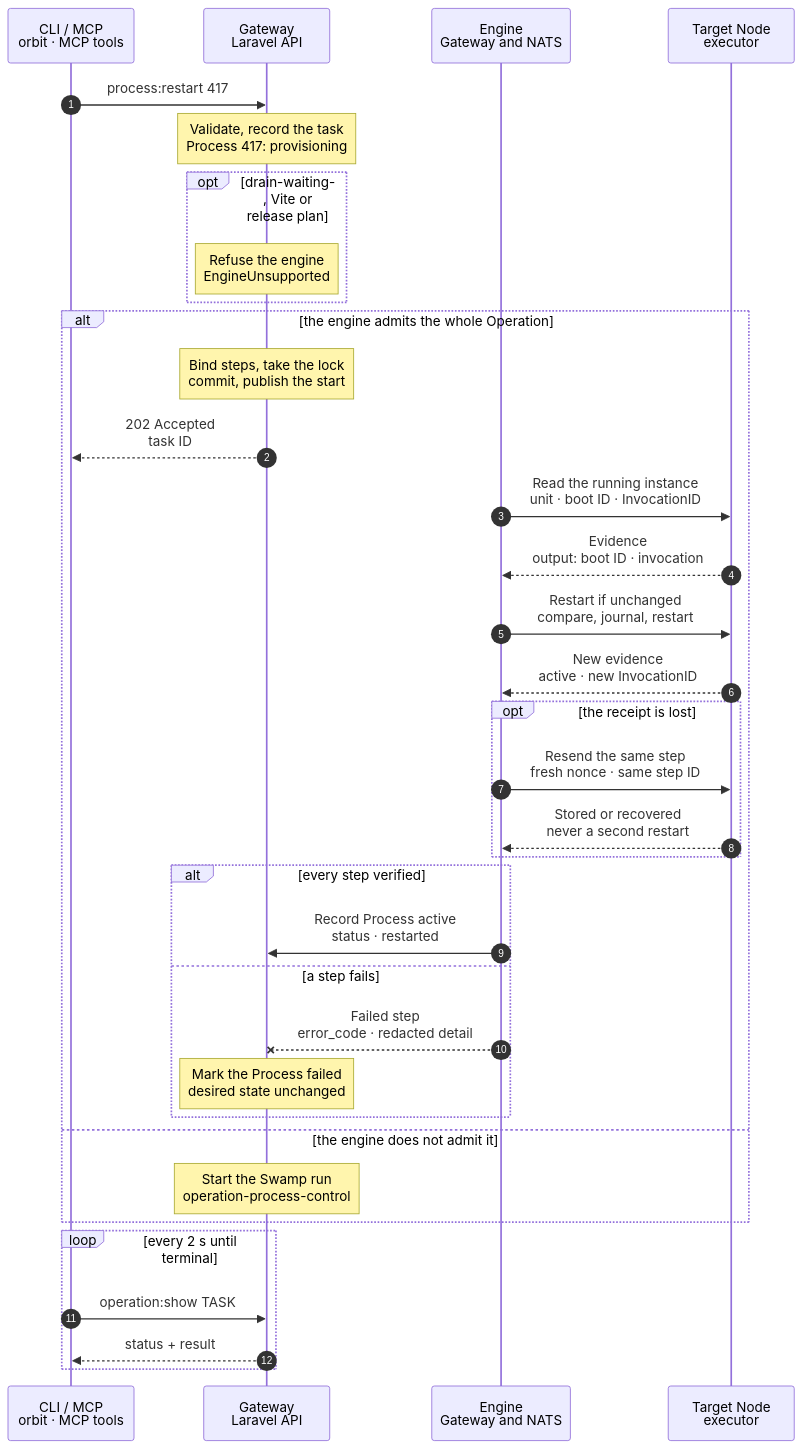
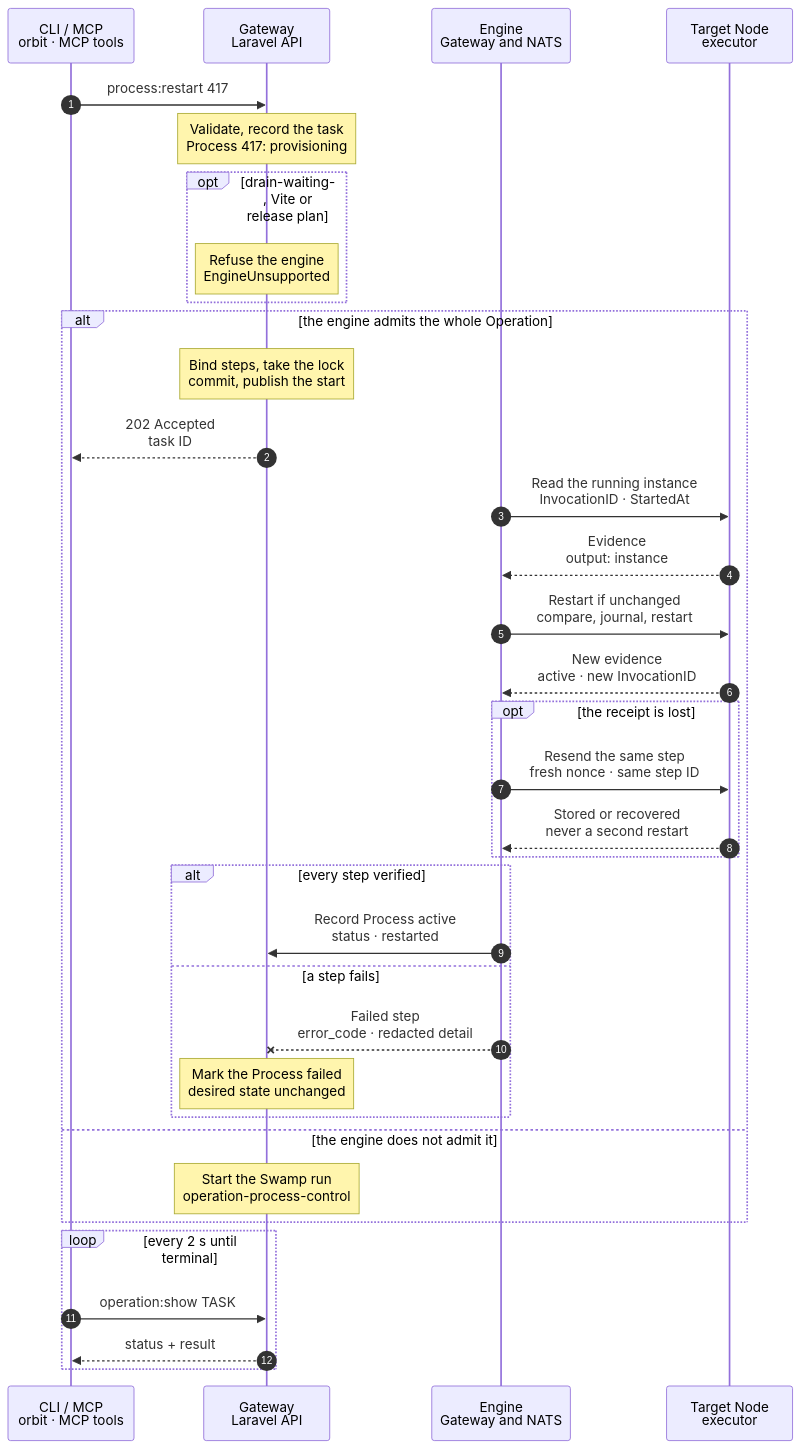
Before and after one commit to hardimpactdev/orbit: the diagram in docs/cli/process/engine/restart.mmd, drawn with Mermaid. The commit also changed 19 other files, not shown here.

First line of the commit message:
Run eligible Process restarts on the signed executor

```diff
--- a/docs/cli/process/engine/restart.mmd
+++ b/docs/cli/process/engine/restart.mmd
@@ -1,67 +1,70 @@
 sequenceDiagram
-  %% process.restart on the Gateway engine: the `process` family, with a restart that runs at most once per Operation even when a receipt is lost and the executor's journal no longer holds the result. Design for ADR 0267 and ADR 0271; no engine flow exists yet. Step names describe effects; the implementation settles action names unless an existing action is named.
-  %% A restart is not a desired state. The step carries evidence of the run it replaces (systemd's InvocationID with the boot ID, or Docker's StartedAt) and journals that it is about to restart before it calls the runtime. A changed value proves a restart happened; an unchanged value after an interrupted call proves nothing, so the step never restarts on that replay and reports the outcome unresolved.
-  %% status: draft
+  %% process.restart on the Gateway engine: the `process` family's `process.read_instance` and `process.restart`, a restart that runs at most once per Operation even when a receipt is lost (ADR 0267, ADR 0271; ProcessControlEngineFlow). Runtime proof on a nested fleet is pending.
+  %% A restart is not a desired state. The step carries evidence of the run it replaces (systemd's InvocationID, a random ID per run, or Docker's container ID and StartedAt) and records an attempt for its order before it calls the runtime. A changed value proves a restart happened; an unchanged value after an interrupted call proves nothing, so the step never restarts on that replay and reports the outcome unresolved.
+  %% status: built
   %% command: process:restart
   %% kind: process.restart
   autonumber
   %% lane CLI icon=terminal pill=caller tone=gray
   %% lane GW icon=gateway pill=intent tone=blue
   %% lane EN icon=workflow pill=engine tone=purple
   %% lane N icon=server pill=executor tone=amber
   participant CLI as CLI / MCP<br/>orbit · MCP tools
   participant GW as Gateway<br/>Laravel API
   participant EN as Engine<br/>Gateway and NATS
   participant N as Target Node<br/>executor
   CLI->>GW: process:restart 417
   Note over GW: Validate, record the task<br/>Process 417: provisioning
   %%> Same admission as process/restart.mmd
   opt drain-waiting, Vite or release plan
     Note over GW: Refuse the engine<br/>EngineUnsupported
     %%> - a restart stops first, so the drain-waiting Processes of process/engine/stop.mmd refuse here too, whatever their placement: a host Horizon unit (`GatewayHorizon::runs`, long-drain stop directives) and Gateway release-container Processes
-    %%> - Vite plans and, until the `process` family covers them, Instance-container Processes
+    %%> - dev-server Processes (`vp-dev`, `vite`, Vite plans), Processes of an Instance outside app-dev (release layouts), and Instance-container Processes, as for process/engine/start.mmd
     %%> - decided at admission, before any order; the whole Operation takes the Swamp branch below
   end
   alt the engine admits the whole Operation
     %%> Admission, one decision per Operation (EngineKinds::routes):
     %%> - `process.restart` is in `ORBIT_ENGINE_KINDS`
-    %%> - every Node a step touches reports its action in `$KV.NODES`: the `process` family's read and restart actions
+    %%> - every Node a step touches reports its action in `$KV.NODES`: `process.read_instance` and `process.restart` (agent 0.32.0); a Node that reports only `process.ensure_state` takes the Swamp branch
     %%> - the flow accepts the plan shape; a part it does not cover throws `EngineUnsupported` before any order
     Note over GW: Bind steps, take the lock<br/>commit, publish the start
     %%> - the step rows and the Operation lock commit in one transaction before the start event; an Operation never moves between engines after this
     GW-->>CLI: 202 Accepted<br/>task ID
-    EN->>N: Read the running instance<br/>unit · boot ID · InvocationID
-    %%> Step `read`: read-only; systemd `InvocationID`, `ActiveState` and `/proc/sys/kernel/random/boot_id` (Docker: `State.StartedAt` and the container ID)
-    %%> Its receipt output is pinned into the restart step's input when that step is first built; a resend reuses the pinned value
-    N-->>EN: Evidence<br/>output: boot ID · invocation
+    EN->>N: Read the running instance<br/>InvocationID · StartedAt
+    %%> Step `read` (`process.read_instance`): read-only; the unit must be loaded; its `InvocationID`, empty while stopped (Docker: `<ID>@<State.StartedAt>` of the exact name). No boot ID: an InvocationID is random per run, so it never repeats across boots
+    %%> Its receipt output `{"instance": …}` is the step's evidence; the restart step's input is built from that recorded output on every send, so a resend carries the same pinned value
+    N-->>EN: Evidence<br/>output: instance
     EN->>N: Restart if unchanged<br/>compare, journal, restart
-    %%> Step `restart`, under the Process's target lock: reads the evidence again; only when it equals the pinned evidence, and the journal holds no earlier attempt of this step, does it apply the boot policy, append an `attempt` record with the evidence and the time, sync it, and then run `systemctl restart` (Docker: `docker container restart`)
+    %%> Step `restart` (`process.restart`), under the Process's target lock: first applies the admitted boot policy when it differs, as Swamp's `Set boot policy` does on every run (disabled for an on-demand unit); then reads the evidence again; only when it equals the pinned evidence, and no attempt of this order is recorded, does it write and sync the order's attempt file (`/var/lib/orbit/executor/process-restart/<operation>-<step>`, beside the journal; the frozen journal format gains no record), and then run `systemctl restart` (Docker: `docker container restart`)
     %%> Evidence changed before any attempt (the unit restarted by itself since the read, or the Node rebooted): no restart; the receipt says `restarted: already` with the new evidence
     N-->>EN: New evidence<br/>active · new InvocationID
-    %%> Verification read-back: active, the boot policy as admitted, and an InvocationID (or StartedAt) different from the pinned one; otherwise `process.restart_unverified`
+    %%> Verification read-back: loaded, active and the boot policy as admitted (a container: running with its admitted image), else `process.state_mismatch`; and an InvocationID (or ID and StartedAt) different from the pinned one, else `process.restart_unverified`
+    %%> The attempt file is removed once the result is known; the receipt's output is `{"restarted": "now"|"already"|"recovered", "instance": <new run>}`
     opt the receipt is lost
       EN->>N: Resend the same step<br/>fresh nonce · same step ID
       %%> `done` in the journal: the stored result with `repeat: true`; nothing runs again
-      %%> An `attempt` without `done` (the executor died after it called the runtime), on a resend or on the executor's startup replay of the `open` order: it never restarts again; it waits a bounded time for the in-flight restart, then reports `restarted` if the evidence changed, else fails `process.restart_unresolved`
+      %%> An attempt file without `done` (the executor died after it called the runtime), on a resend or on the executor's startup replay of the `open` order: it never restarts again; it waits up to 30 s for the in-flight restart, then reports `recovered` if the evidence changed, else fails `process.restart_unresolved`
+      %%> No attempt file and changed evidence (the executor died after the attempt ended, before `done`): `already`; nothing runs again
       %%> No record of the step: the first send never ran (an expired order left `executor.order_expired`), so the compare and restart run as above
-      %%> Resends stop at the journal's replay window, as for signed removal; past it the step fails `process.restart_unresolved` and nothing restarts. Process 417 stays fenced by the Operation lock until then
+      %%> Past the journal's replay window a resend finds no `done`, no attempt file and changed evidence, so it answers `already` and nothing restarts. Process 417 stays fenced by the Operation lock until a terminal receipt
       N-->>EN: Stored or recovered<br/>never a second restart
     end
     alt every step verified
       EN->>GW: Record Process active<br/>status · restarted
       %%> - the kind's own projection records the result, the same rows a Swamp run records
     else a step fails
       EN--xGW: Failed step<br/>error_code · redacted detail
       %%> - a deterministic refusal is a terminal receipt too; the journal keeps it and a resend repeats it
       Note over GW: Mark the Process failed<br/>desired state unchanged
       %%> - a failed `read` changed nothing; a failed `restart` left the unit as systemd reports it, and the retry is a new Operation with a fresh read
+      %%> - the Operation records `operation.native_failed` with the Swamp step the phase stands for: a failed `read` is `Set boot policy` (a container: `Restart the container`); a failed `restart` is `Restart the Process` / `Restart the container`, `Check the unit` / `Check the container` for its read, or `Verify the state` for `process.state_mismatch` and `process.restart_unverified`
     end
   else the engine does not admit it
     Note over GW: Start the Swamp run<br/>operation-process-control
     %%> - the kind is not enabled, a Node lacks the action, `$KV.NODES` is unreadable, or the flow throws `EngineUnsupported`: the whole Operation runs operation-process-control (process/restart.mmd)
     %%> - no step of it runs on the engine; an Operation never splits across engines
   end
   loop every 2 s until terminal
     CLI->>GW: operation:show TASK
     GW-->>CLI: status + result
   end
```
